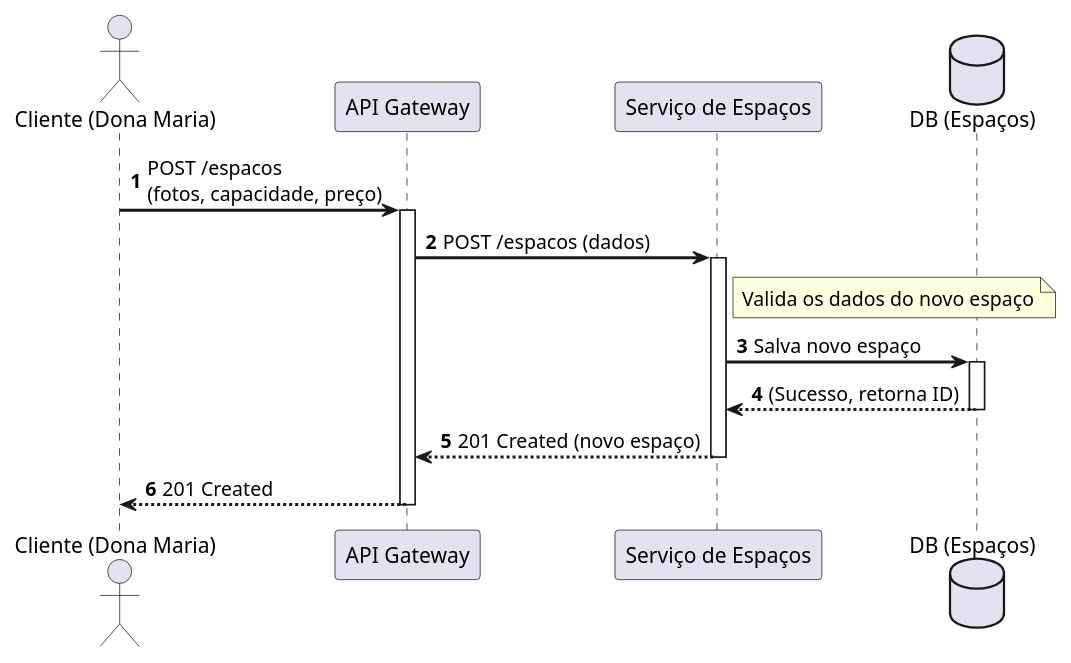
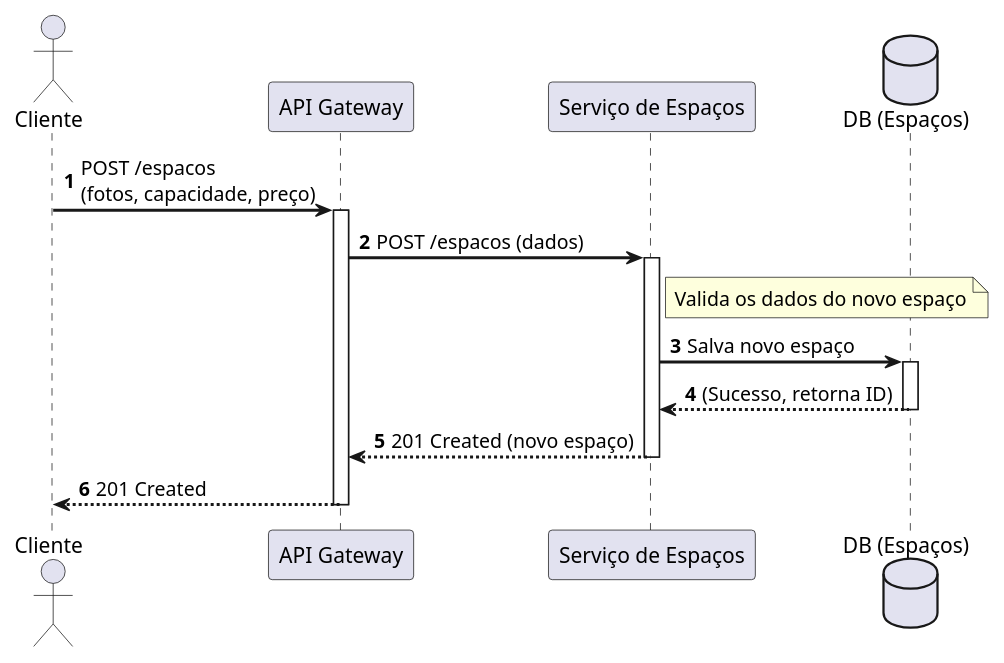
Before and after one commit to carpadasso/design-software: the diagram in uml/diagrama-sequencia-espaco.puml, drawn with PlantUML. The commit also changed 9 other files, not shown here.

Commit message:
upd: Ajustando os diagramas e adicionando imagens...

```diff
--- a/uml/diagrama-sequencia-espaco.puml
+++ b/uml/diagrama-sequencia-espaco.puml
@@ -1,28 +1,28 @@
 @startuml
 ' Diagrama 1: Cadastro de Novo Espaço
 autonumber
 skinparam sequenceArrowThickness 2
 skinparam participantPadding 10
 skinparam boxPadding 10
 
-actor "Cliente (Dona Maria)" as Cliente
+actor "Cliente" as Cliente
 participant "API Gateway" as Gateway
 participant "Serviço de Espaços" as SvcEspacos
 database "DB (Espaços)" as DBEspacos
 
 Cliente -> Gateway : POST /espacos\n(fotos, capacidade, preço)
 activate Gateway
 Gateway -> SvcEspacos : POST /espacos (dados)
 activate SvcEspacos
 
 note right of SvcEspacos: Valida os dados do novo espaço
 SvcEspacos -> DBEspacos : Salva novo espaço
 activate DBEspacos
 DBEspacos --> SvcEspacos : (Sucesso, retorna ID)
 deactivate DBEspacos
 
 SvcEspacos --> Gateway : 201 Created (novo espaço)
 deactivate SvcEspacos
 Gateway --> Cliente : 201 Created
 deactivate Gateway
 @enduml
```
